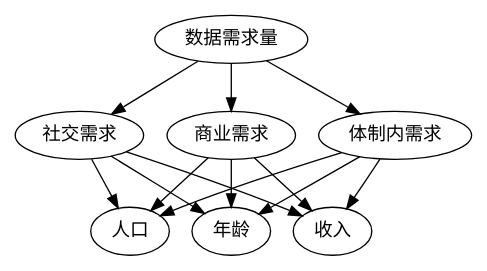
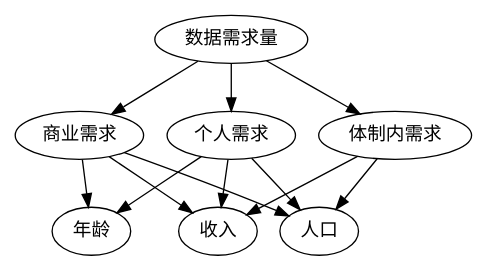
The second of 2 diagrams in 5.24_5.25/5.24_5.25.md (avarpow/2019ShenzhenMCM), drawn with Graphviz before and after one commit. The commit also changed other lines of this file and 1 other file, not shown here.

````diff
--- a/5.24_5.25/5.24_5.25.md
+++ b/5.24_5.25/5.24_5.25.md
@@ -73,16 +78,15 @@
 ```dot
 digraph{
-    数据需求量 ->社交需求
+    数据需求量 ->个人需求
     数据需求量 ->商业需求
     数据需求量 ->体制内需求
-    社交需求 ->人口
-    社交需求 ->年龄
-    社交需求 ->收入
+    个人需求 ->人口
+    个人需求 ->年龄
+    个人需求 ->收入
     商业需求 ->人口
     商业需求 ->年龄
     商业需求 ->收入
     体制内需求 ->人口
-    体制内需求 ->年龄
     体制内需求 ->收入
 }
 ```
````
